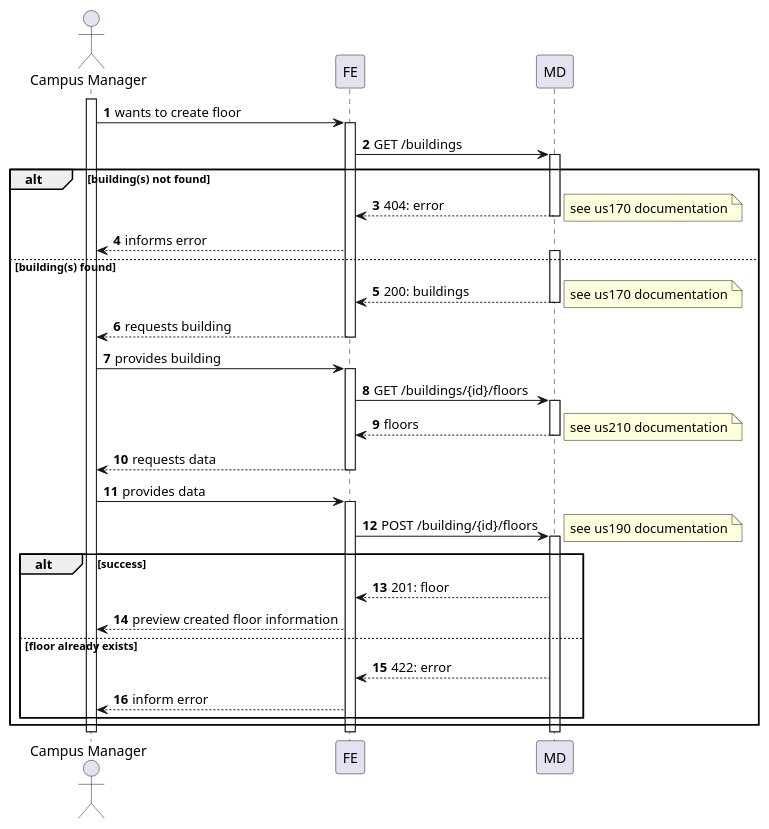
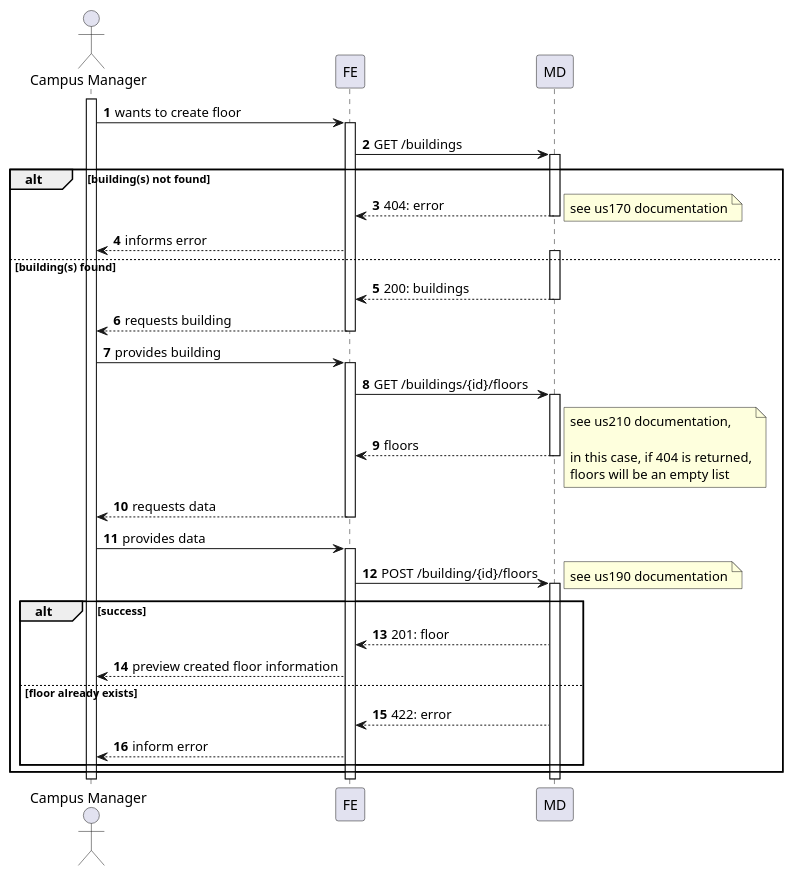
One commit to Departamento-de-Engenharia-Informatica/lapr5-23-24-g19 changed the diagram in docs/us1090/level2/process-view.puml. Above: the diagram before and after it, drawn with PlantUML. The commit also changed 1 other file, not shown here.

```diff
--- a/docs/us1090/level2/process-view.puml
+++ b/docs/us1090/level2/process-view.puml
@@ -1,54 +1,53 @@
 @startuml
 autonumber
 
 actor "Campus Manager" as usr
 
 participant "FE" as ui
 
 participant "MD" as md
 
 activate usr
 usr -> ui : wants to create floor
     activate ui
         ui -> md : GET /buildings
         alt building(s) not found
             activate md
                 md --> ui : 404: error
                 note right : see us170 documentation
             deactivate md
             ui --> usr : informs error
         else building(s) found
             activate md
                 md --> ui : 200: buildings
-                note right : see us170 documentation
             deactivate md
             ui --> usr : requests building
         deactivate ui
 
         usr -> ui : provides building
         activate ui
             ui -> md : GET /buildings/{id}/floors
             activate md
                 md --> ui : floors
-                note right : see us210 documentation
+                note right : see us210 documentation,\n\nin this case, if 404 is returned,\nfloors will be an empty list
             deactivate md
             ui --> usr : requests data
         deactivate ui
 
         usr -> ui : provides data
         activate ui
             ui -> md : POST /building/{id}/floors
             activate md
             note right : see us190 documentation
                 alt success
                     md --> ui : 201: floor
                     ui --> usr : preview created floor information
                 else floor already exists
                     md --> ui : 422: error
                     ui --> usr : inform error
                 end
         end
         deactivate md
     deactivate ui
 deactivate usr
 @enduml
```
